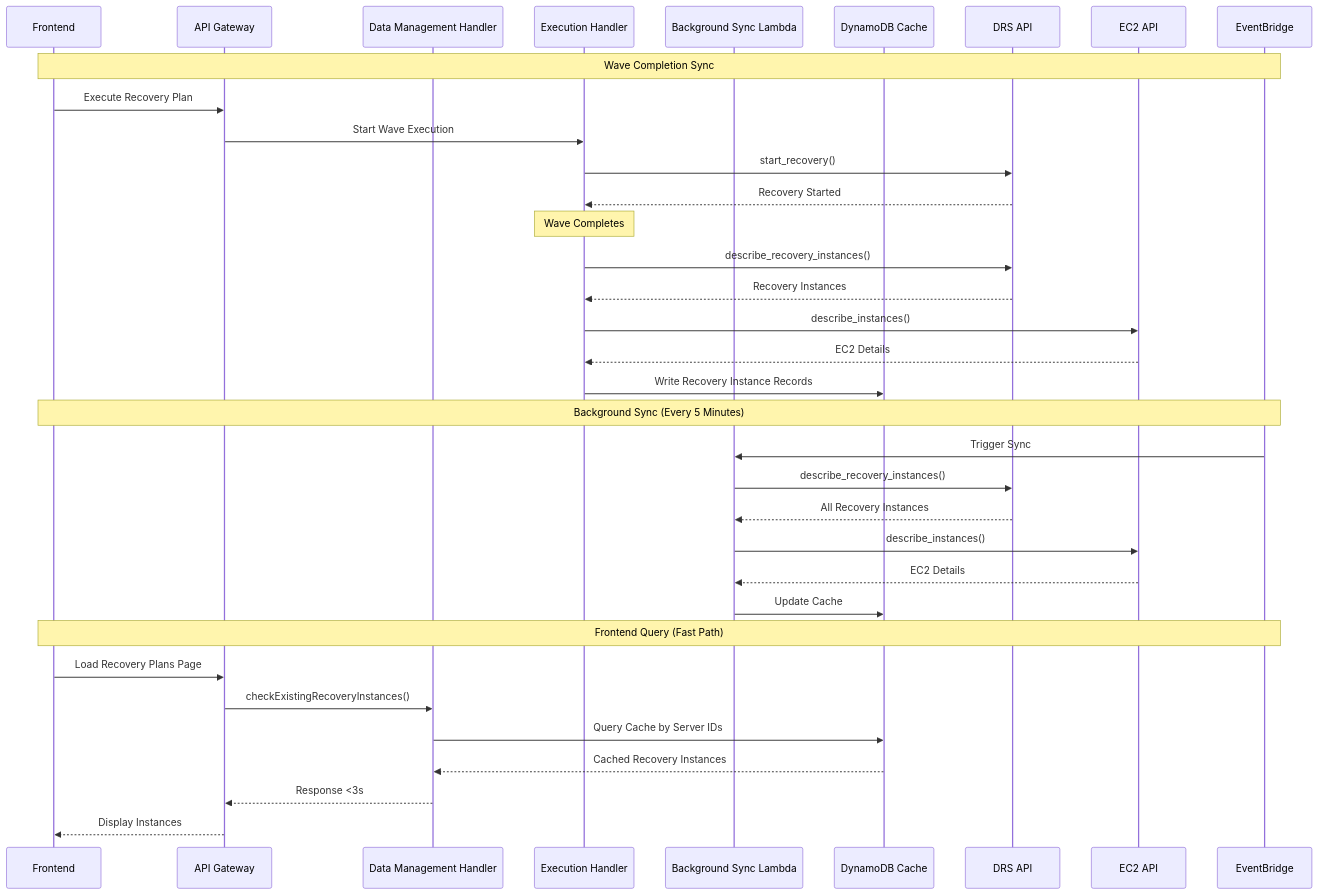
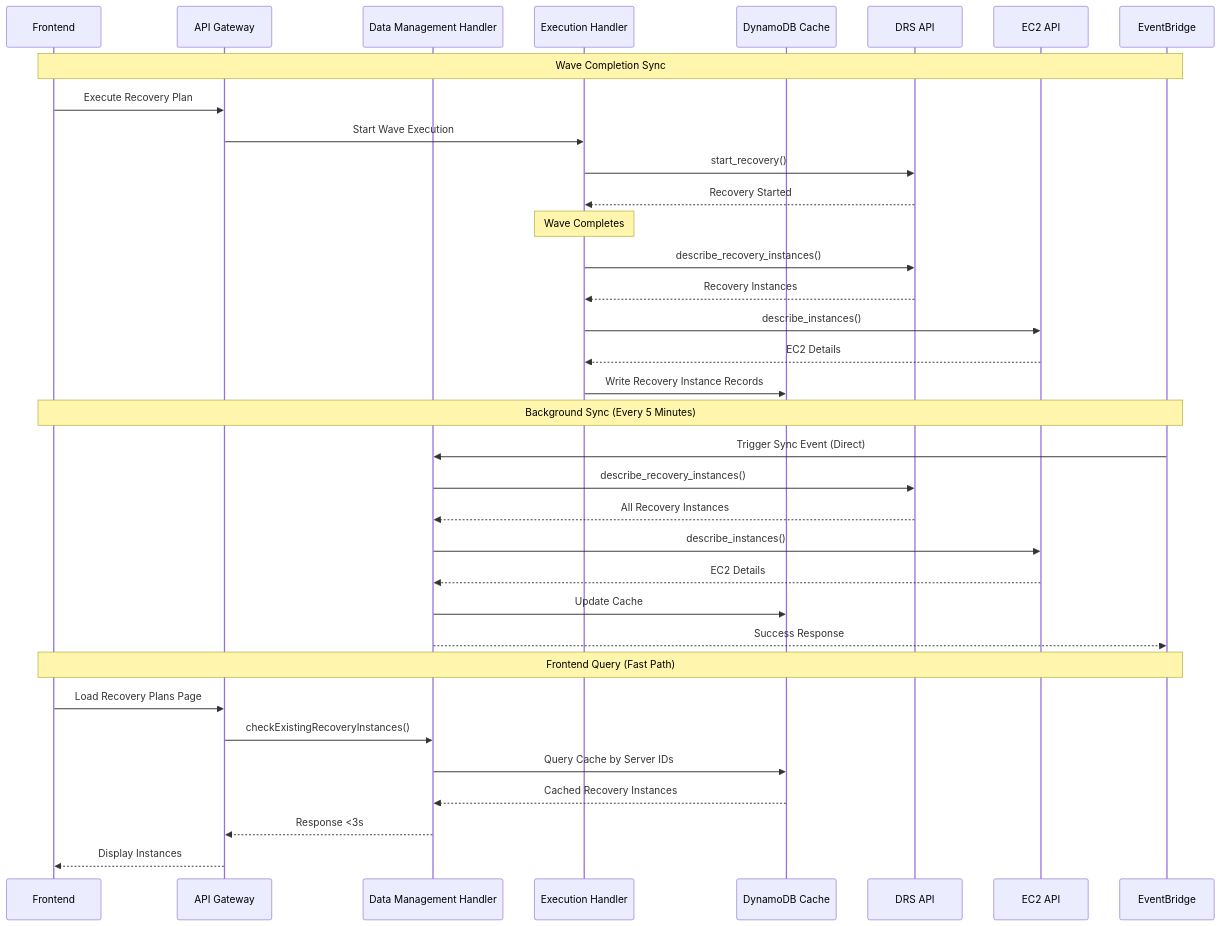
The second of 2 diagrams in .kiro/specs/recovery-instance-sync/design.md (johnjcousens/aws-elasticdrs-orchestrator), drawn with Mermaid before and after one commit. The commit also changed other lines of this file and 10 other files, not shown here.

First line of the commit message:
docs: add query handler read-only audit and recovery instance sync specs

````diff
--- a/.kiro/specs/recovery-instance-sync/design.md
+++ b/.kiro/specs/recovery-instance-sync/design.md
@@ -62,41 +63,41 @@
 ```mermaid
 sequenceDiagram
     participant UI as Frontend
     participant API as API Gateway
     participant DM as Data Management Handler
     participant EH as Execution Handler
-    participant BS as Background Sync Lambda
     participant DB as DynamoDB Cache
     participant DRS as DRS API
     participant EC2 as EC2 API
     participant EB as EventBridge
     
     Note over UI,EB: Wave Completion Sync
     UI->>API: Execute Recovery Plan
     API->>EH: Start Wave Execution
     EH->>DRS: start_recovery()
     DRS-->>EH: Recovery Started
     
     Note over EH: Wave Completes
     EH->>DRS: describe_recovery_instances()
     DRS-->>EH: Recovery Instances
     EH->>EC2: describe_instances()
     EC2-->>EH: EC2 Details
     EH->>DB: Write Recovery Instance Records
     
     Note over UI,EB: Background Sync (Every 5 Minutes)
-    EB->>BS: Trigger Sync
-    BS->>DRS: describe_recovery_instances()
-    DRS-->>BS: All Recovery Instances
-    BS->>EC2: describe_instances()
-    EC2-->>BS: EC2 Details
-    BS->>DB: Update Cache
+    EB->>DM: Trigger Sync Event (Direct)
+    DM->>DRS: describe_recovery_instances()
+    DRS-->>DM: All Recovery Instances
+    DM->>EC2: describe_instances()
+    EC2-->>DM: EC2 Details
+    DM->>DB: Update Cache
+    DM-->>EB: Success Response
     
     Note over UI,EB: Frontend Query (Fast Path)
     UI->>API: Load Recovery Plans Page
     API->>DM: checkExistingRecoveryInstances()
     DM->>DB: Query Cache by Server IDs
     DB-->>DM: Cached Recovery Instances
     DM-->>API: Response <3s
     API-->>UI: Display Instances
 ```
````
